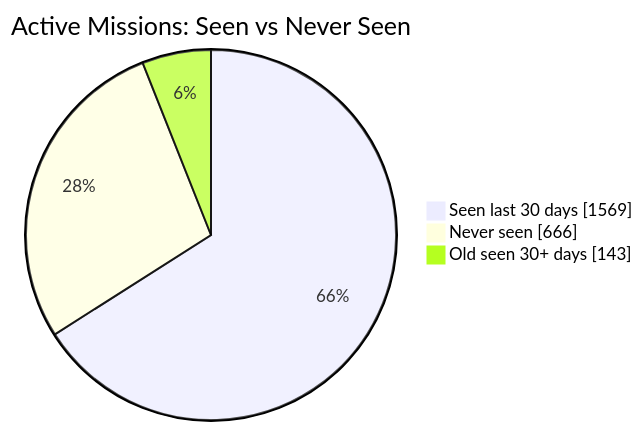
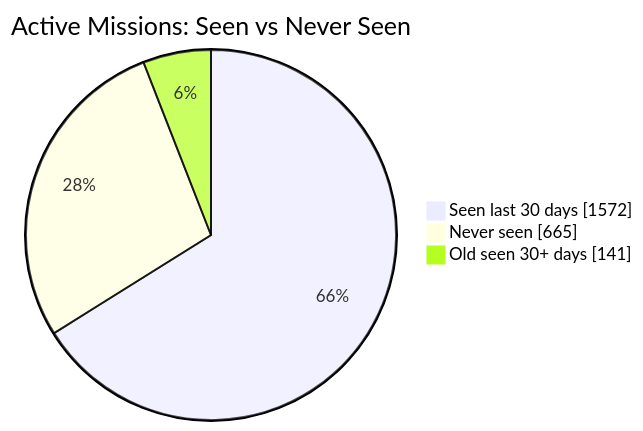
One commit to MeldkamerspelGameTeam/active-missions changed the first of 2 diagrams in README.md. Above: the diagram before and after it, drawn with Mermaid. The commit also changed other lines of this file and 3 other files, not shown here.

````diff
--- a/README.md
+++ b/README.md
@@ -34,7 +34,7 @@
 ```mermaid
 pie showData
     title Active Missions: Seen vs Never Seen
-    "Seen last 30 days" : 1569
-    "Never seen" : 666
-    "Old seen 30+ days" : 143
+    "Seen last 30 days" : 1572
+    "Never seen" : 665
+    "Old seen 30+ days" : 141
 ```
````
